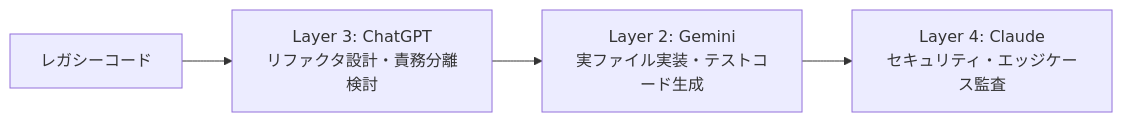
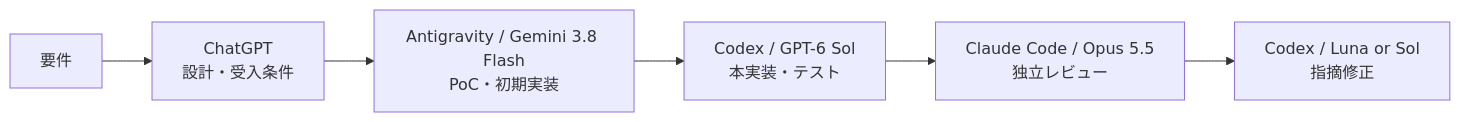
Before and after one commit to moruku36/multi-ai-workflow: the diagram in docs/cookbook/04-code-refactor.md, drawn with Mermaid. The commit also changed other lines of this file, not shown here.

````diff
--- a/docs/cookbook/04-code-refactor.md
+++ b/docs/cookbook/04-code-refactor.md
@@ -9,6 +9,8 @@
 ```mermaid
 flowchart LR
-    A[レガシーコード] --> B[Layer 3: ChatGPT<br>リファクタ設計・責務分離検討]
-    B --> C[Layer 2: Gemini<br>実ファイル実装・テストコード生成]
-    C --> D[Layer 4: Claude<br>セキュリティ・エッジケース監査]
+    A[要件] --> B[ChatGPT<br/>設計・受入条件]
+    B --> C[Antigravity / Gemini 3.8 Flash<br/>PoC・初期実装]
+    C --> D[Codex / GPT-6 Sol<br/>本実装・テスト]
+    D --> E[Claude Code / Opus 5.5<br/>独立レビュー]
+    E --> F[Codex / Luna or Sol<br/>指摘修正]
 ```
````
